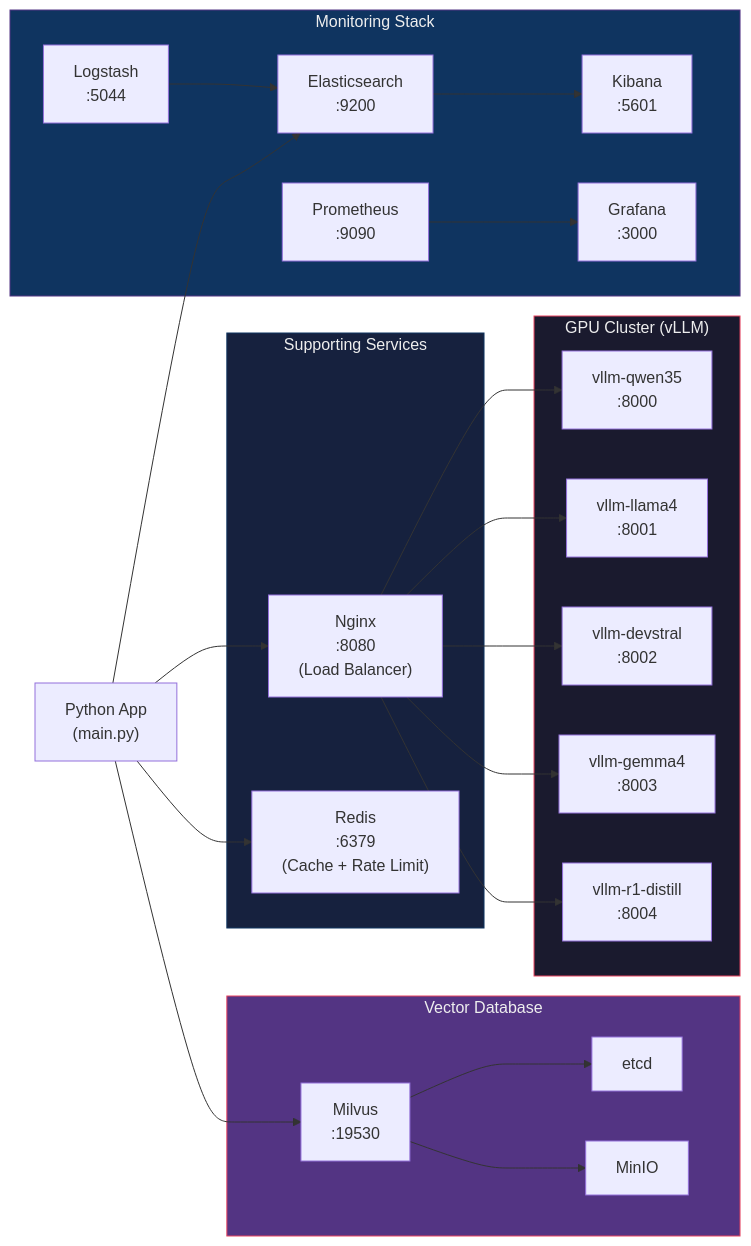
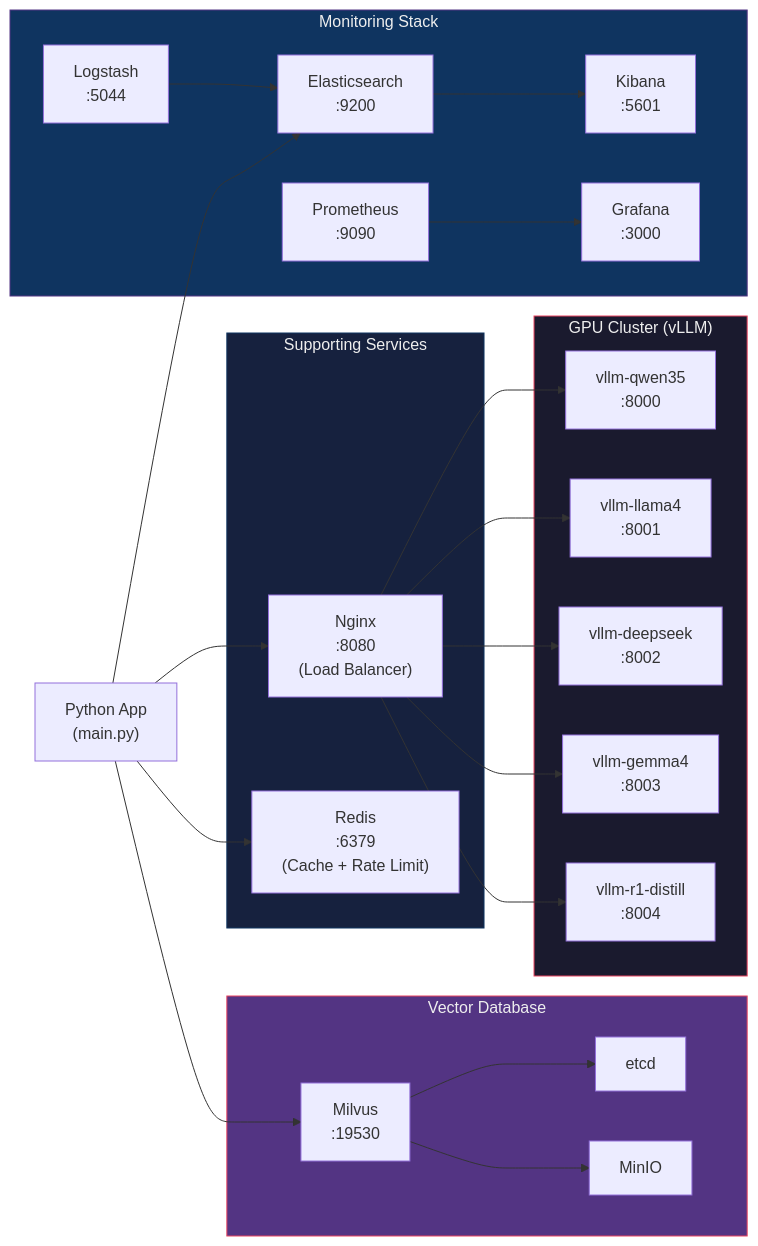
One commit to n3r0-b1n4ry/openmair changed the fourth of 6 diagrams in docs/ARCHITECTURE.md. Above: the diagram before and after it, drawn with Mermaid. The commit also changed other lines of this file and 18 other files, not shown here.

Commit message:
feat: implement multi-agent executor architecture with structured remediation planning and orchestration components

````diff
--- a/docs/ARCHITECTURE.md
+++ b/docs/ARCHITECTURE.md
@@ -200,44 +200,44 @@
 ```mermaid
 graph LR
     subgraph GPU_Cluster["GPU Cluster (vLLM)"]
         V1["vllm-qwen35<br/>:8000"]
         V2["vllm-llama4<br/>:8001"]
-        V3["vllm-devstral<br/>:8002"]
+        V3["vllm-deepseek<br/>:8002"]
         V4["vllm-gemma4<br/>:8003"]
         V5["vllm-r1-distill<br/>:8004"]
     end
 
     subgraph Services["Supporting Services"]
         REDIS["Redis<br/>:6379<br/>(Cache + Rate Limit)"]
         NGINX["Nginx<br/>:8080<br/>(Load Balancer)"]
     end
 
     subgraph Monitoring["Monitoring Stack"]
         ES["Elasticsearch<br/>:9200"]
         LS["Logstash<br/>:5044"]
         KB["Kibana<br/>:5601"]
         PROM["Prometheus<br/>:9090"]
         GRAF["Grafana<br/>:3000"]
     end
 
     subgraph VectorDB["Vector Database"]
         MILVUS["Milvus<br/>:19530"]
         ETCD["etcd"]
         MINIO["MinIO"]
     end
 
     APP["Python App<br/>(main.py)"] --> NGINX
     NGINX --> V1 & V2 & V3 & V4 & V5
     APP --> REDIS
     APP --> ES
     APP --> MILVUS
     MILVUS --> ETCD & MINIO
     LS --> ES
     ES --> KB
     PROM --> GRAF
 
     style GPU_Cluster fill:#1a1a2e,stroke:#e94560,color:#eee
     style Services fill:#16213e,stroke:#0f3460,color:#eee
     style Monitoring fill:#0f3460,stroke:#533483,color:#eee
     style VectorDB fill:#533483,stroke:#e94560,color:#eee
 ```
````
